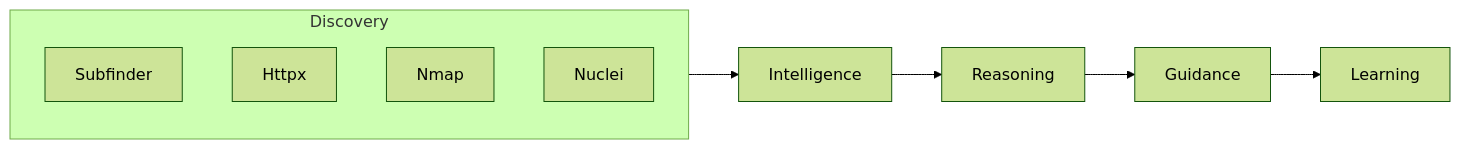
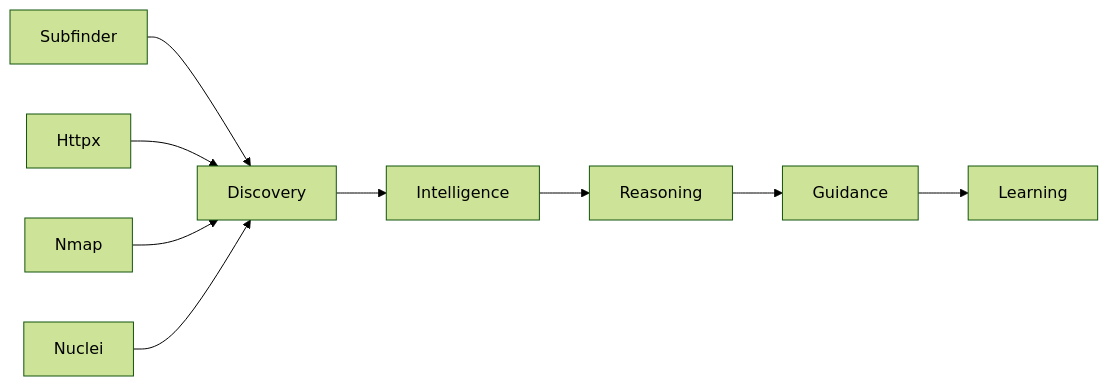
Before and after one commit to Ayaan1911/Argus-Sentinel: the diagram in README.md, drawn with Mermaid (forest theme). The commit also changed other lines of this file, not shown here.

Commit message:
docs: rewrite README for clarity and fix broken Mermaid diagram

````diff
--- a/README.md
+++ b/README.md
@@ -55,14 +53,11 @@
 ```mermaid
 flowchart LR
-    subgraph Discovery
-        S[Subfinder]
-        H[Httpx]
-        N[Nmap]
-        Nu[Nuclei]
-    end
-
-    Discovery --> I[Intelligence]
-    I --> R[Reasoning]
-    R --> G[Guidance]
-    G --> L[Learning]
+    SF[Subfinder] --> DIS[Discovery]
+    HX[Httpx] --> DIS
+    NM[Nmap] --> DIS
+    NU[Nuclei] --> DIS
+    DIS --> INT[Intelligence]
+    INT --> RES[Reasoning]
+    RES --> GUI[Guidance]
+    GUI --> LRN[Learning]
 ```
````
